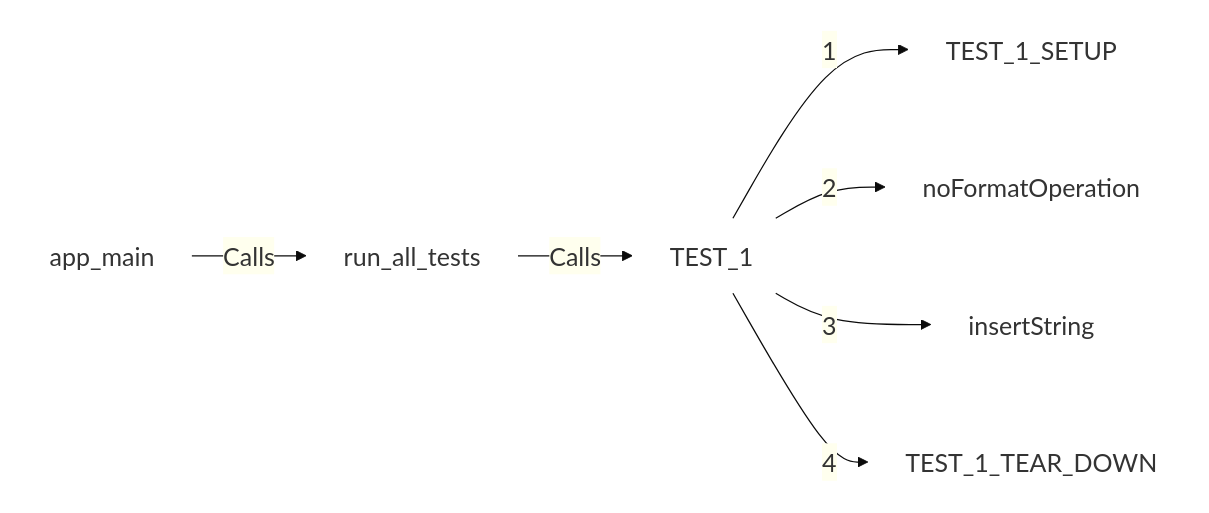
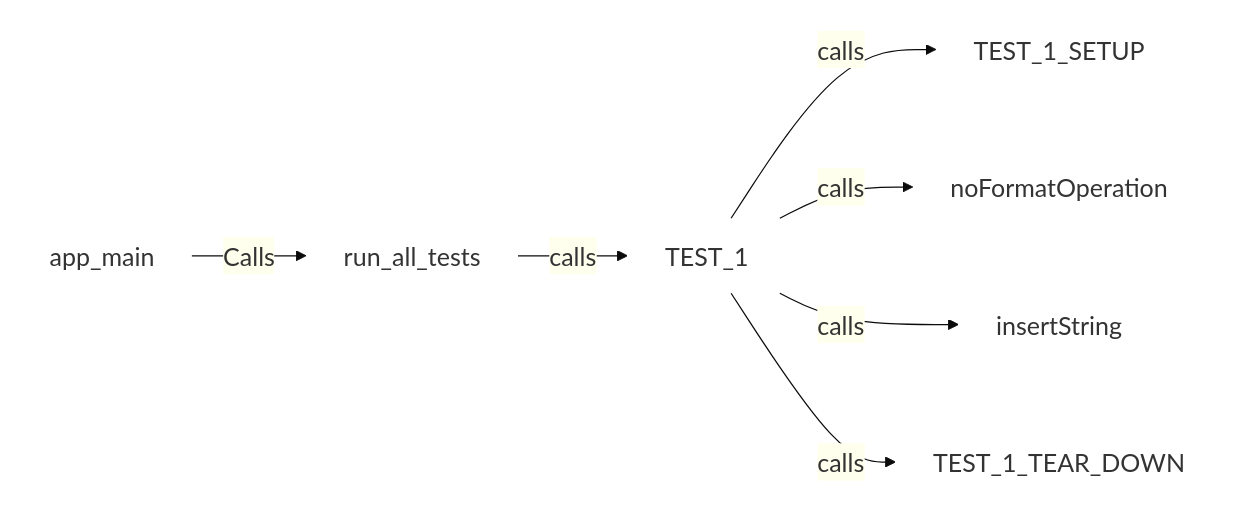
Before and after one commit to segin-GH/TDD-4-Embedded: the diagram in testFixtures/README.md, drawn with Mermaid.

````diff
--- a/testFixtures/README.md
+++ b/testFixtures/README.md
@@ -3,12 +3,12 @@
 ```mermaid
-%%{init: {'theme': 'base', 'themeVariables': { 'primaryColor': '#0000', 'edgeLabelBackground':'#ffffee','fontSize':'20px', 'tertiaryColor': '#fff0f0'}}}%%
+%%{init: {'theme': 'base', 'themeVariables': { 'primaryColor': '#0000', 'edgeLabelBackground':'#ffffee','fontSize':'20px', 'tertiaryColor': '#000000'}}}%%
 
 graph LR
 A[app_main] -- Calls --> B[run_all_tests]
-B -- Calls --> C[TEST_1]
-C -- 1 --> D[TEST_1_SETUP]
-C -- 2 --> E[noFormatOperation]
-C -- 3 --> F[insertString]
-C -- 4 --> G[TEST_1_TEAR_DOWN]
+B -- calls --> C[TEST_1]
+C -- calls --> D[TEST_1_SETUP]
+C -- calls --> E[noFormatOperation]
+C -- calls --> F[insertString]
+C -- calls --> G[TEST_1_TEAR_DOWN]
 
 ```
````
